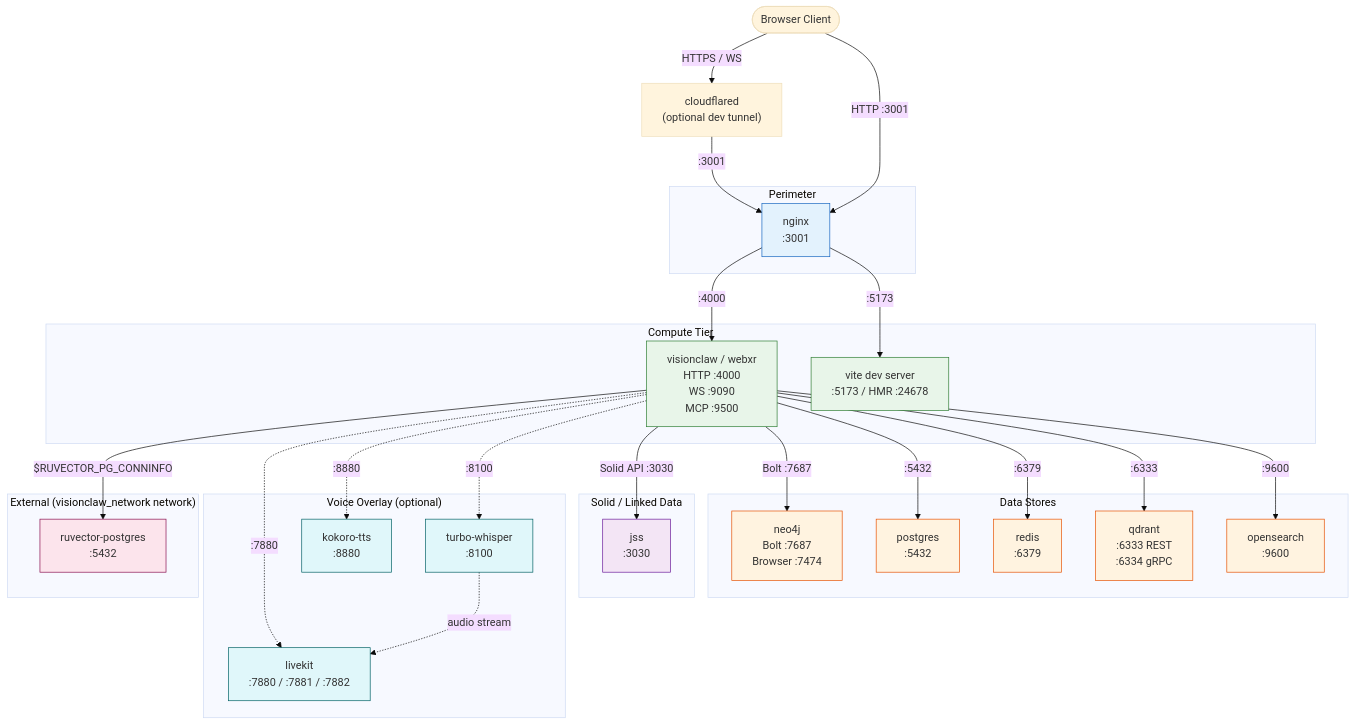
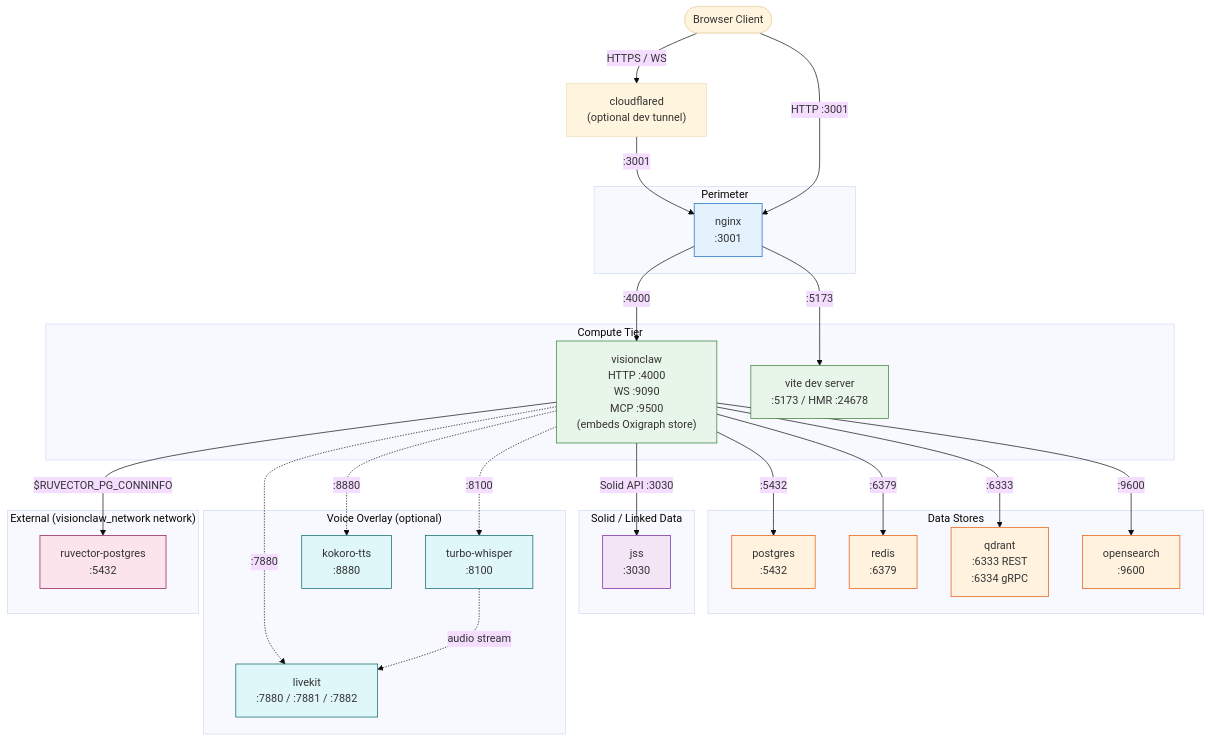
The first of 3 diagrams in docs/explanation/deployment-topology.md (shaneholloman/logseq-spring-thing), drawn with Mermaid (base theme) before and after one commit. The commit also changed other lines of this file and 58 other files, not shown here.

First line of the commit message:
docs: Neo4j→Oxigraph + webxr→visionclaw alignment, physics controls, health probes

````diff
--- a/docs/explanation/deployment-topology.md
+++ b/docs/explanation/deployment-topology.md
@@ -47,70 +46,68 @@
 ```mermaid
 graph TB
     Browser(["Browser Client"])
     CF["cloudflared\n(optional dev tunnel)"]
 
     subgraph Perimeter ["Perimeter"]
         Nginx["nginx\n:3001"]
     end
 
     subgraph Compute ["Compute Tier"]
-        VC["visionclaw / webxr\nHTTP :4000\nWS :9090\nMCP :9500"]
+        VC["visionclaw\nHTTP :4000\nWS :9090\nMCP :9500\n(embeds Oxigraph store)"]
         Vite["vite dev server\n:5173 / HMR :24678"]
     end
 
     subgraph DataStores ["Data Stores"]
-        Neo4j["neo4j\nBolt :7687\nBrowser :7474"]
         PG["postgres\n:5432"]
         Redis["redis\n:6379"]
         QD["qdrant\n:6333 REST\n:6334 gRPC"]
         OS["opensearch\n:9600"]
     end
 
     subgraph SolidLayer ["Solid / Linked Data"]
         JSS["jss\n:3030"]
     end
 
     subgraph VoiceOverlay ["Voice Overlay (optional)"]
         LK["livekit\n:7880 / :7881 / :7882"]
         Whisper["turbo-whisper\n:8100"]
         Kokoro["kokoro-tts\n:8880"]
     end
 
     subgraph ExternalNetwork ["External (visionclaw_network network)"]
         RUV["ruvector-postgres\n:5432"]
     end
 
     Browser -->|"HTTPS / WS"| CF
     CF -->|":3001"| Nginx
     Browser -->|"HTTP :3001"| Nginx
 
     Nginx -->|":4000"| VC
     Nginx -->|":5173"| Vite
 
-    VC -->|"Bolt :7687"| Neo4j
     VC -->|":5432"| PG
     VC -->|":6379"| Redis
     VC -->|":6333"| QD
     VC -->|":9600"| OS
     VC -->|"Solid API :3030"| JSS
     VC -.->|":7880"| LK
     VC -.->|":8100"| Whisper
     VC -.->|":8880"| Kokoro
     VC -->|"$RUVECTOR_PG_CONNINFO"| RUV
 
     Whisper -.->|"audio stream"| LK
 
     classDef perimeter fill:#e3f2fd,stroke:#1565c0
     classDef compute fill:#e8f5e9,stroke:#2e7d32
     classDef store fill:#fff3e0,stroke:#e65100
     classDef solid fill:#f3e5f5,stroke:#6a1b9a
     classDef voice fill:#e0f7fa,stroke:#006064
     classDef external fill:#fce4ec,stroke:#880e4f
 
     class Nginx perimeter
     class VC,Vite compute
-    class Neo4j,PG,Redis,QD,OS store
+    class PG,Redis,QD,OS store
     class JSS solid
     class LK,Whisper,Kokoro voice
     class RUV external
 ```
````
